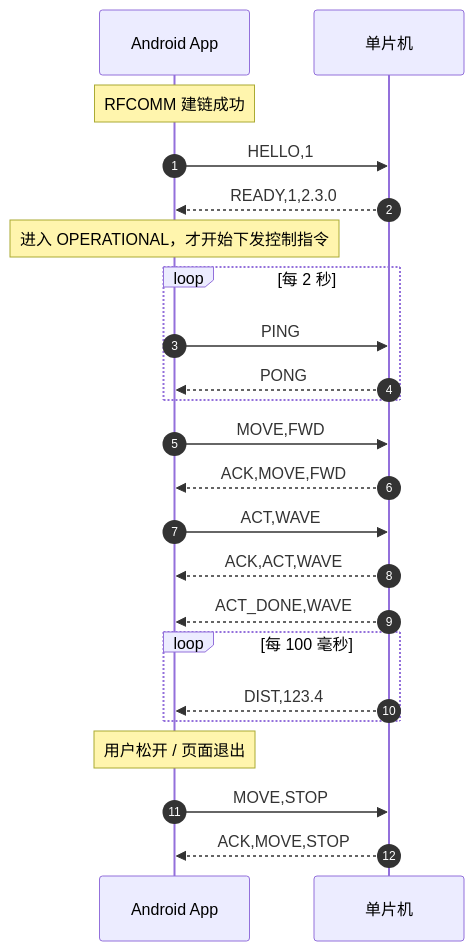
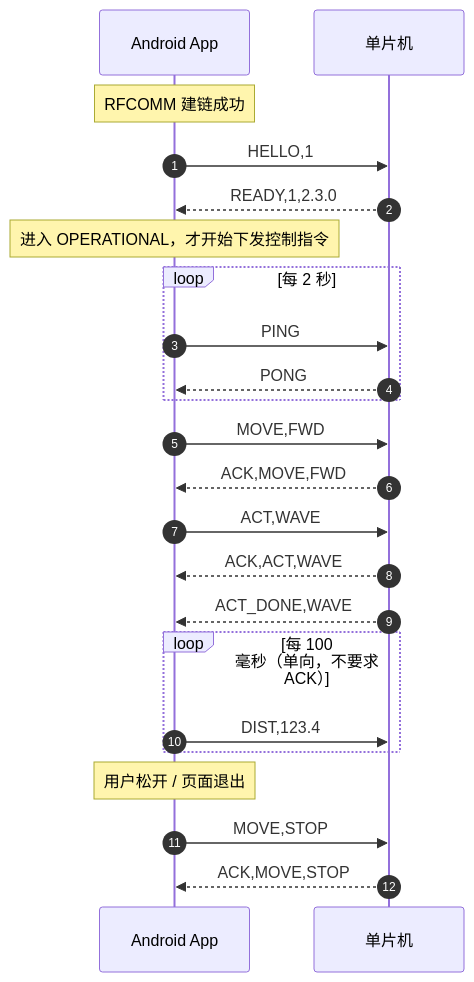
Before and after one commit to hlk16/robot-agent-android-client: the first of 2 diagrams in docs/BLUETOOTH_PROTOCOL_V2.md, drawn with Mermaid. The commit also changed other lines of this file and 1 other file, not shown here.

````diff
--- a/docs/BLUETOOTH_PROTOCOL_V2.md
+++ b/docs/BLUETOOTH_PROTOCOL_V2.md
@@ -154,31 +174,31 @@
 ```mermaid
 sequenceDiagram
     autonumber
     participant A as Android App
     participant M as 单片机
 
     Note over A: RFCOMM 建链成功
     A->>M: HELLO,1
     M-->>A: READY,1,2.3.0
     Note over A: 进入 OPERATIONAL，才开始下发控制指令
 
     loop 每 2 秒
         A->>M: PING
         M-->>A: PONG
     end
 
     A->>M: MOVE,FWD
     M-->>A: ACK,MOVE,FWD
 
     A->>M: ACT,WAVE
     M-->>A: ACK,ACT,WAVE
     M-->>A: ACT_DONE,WAVE
 
-    loop 每 100 毫秒
-        M-->>A: DIST,123.4
+    loop 每 100 毫秒（单向，不要求 ACK）
+        A->>M: DIST,123.4
     end
 
     Note over A: 用户松开 / 页面退出
     A->>M: MOVE,STOP
     M-->>A: ACK,MOVE,STOP
 ```
````
